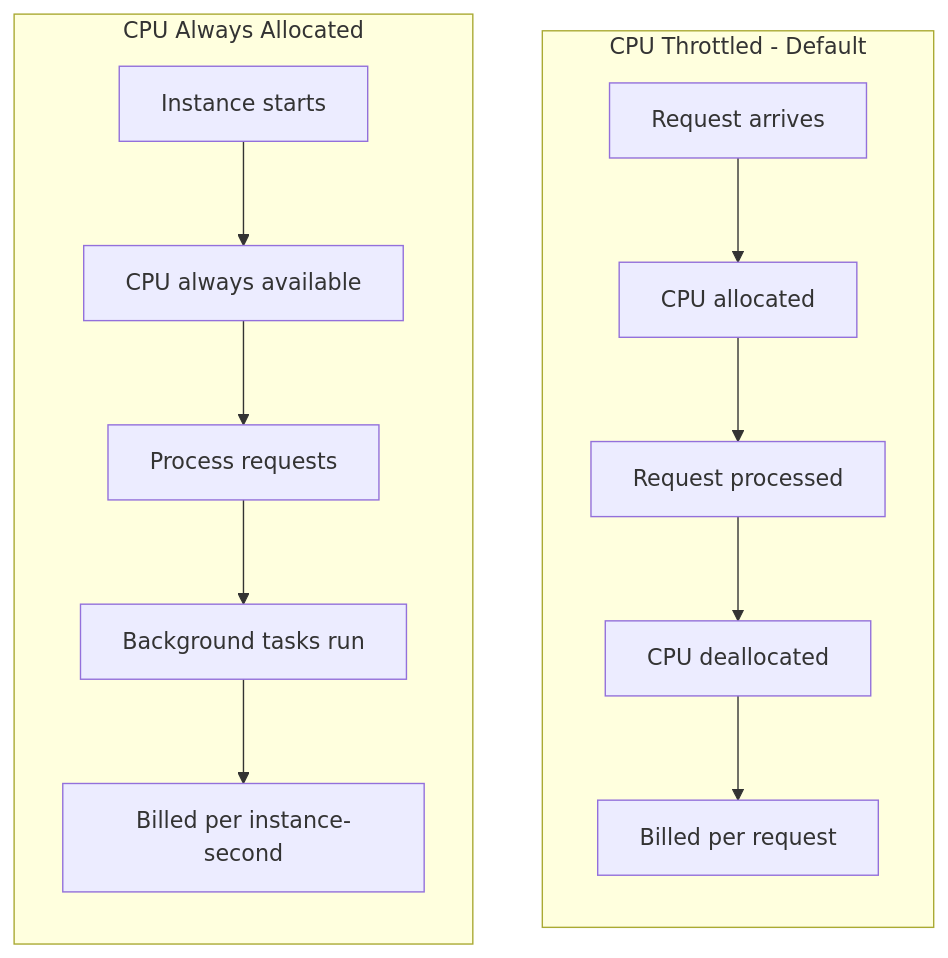
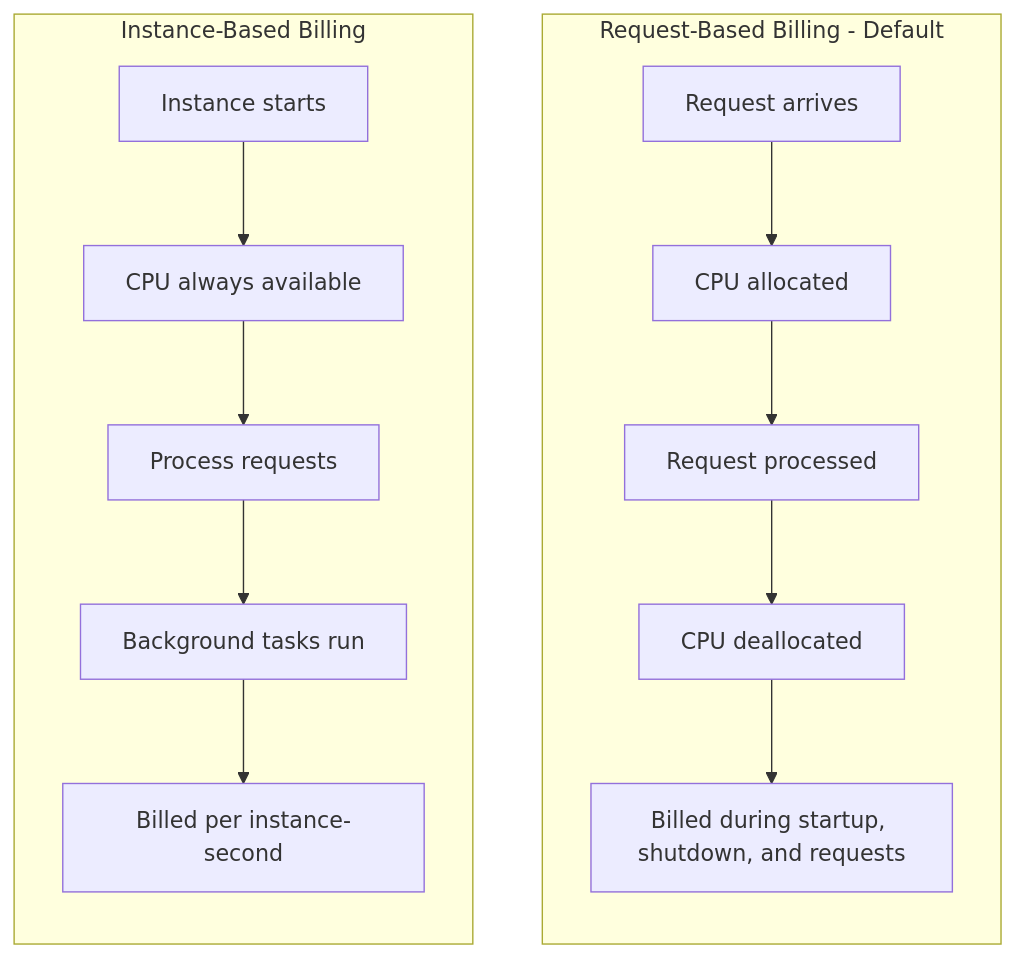
One commit to OneUptime/blog changed the fourth of 5 diagrams in posts/2026-01-30-cloud-run-services/README.md. Above: the diagram before and after it, drawn with Mermaid. The commit also changed other lines of this file and 2 other files, not shown here.

````diff
--- a/posts/2026-01-30-cloud-run-services/README.md
+++ b/posts/2026-01-30-cloud-run-services/README.md
@@ -415,18 +442,18 @@
 ```mermaid
 flowchart TB
-    subgraph Throttled[CPU Throttled - Default]
+    subgraph Throttled[Request-Based Billing - Default]
         direction TB
         T1[Request arrives] --> T2[CPU allocated]
         T2 --> T3[Request processed]
         T3 --> T4[CPU deallocated]
-        T4 --> T5[Billed per request]
+        T4 --> T5[Billed during startup, shutdown, and requests]
     end
 
-    subgraph Always[CPU Always Allocated]
+    subgraph Always[Instance-Based Billing]
         direction TB
         A1[Instance starts] --> A2[CPU always available]
         A2 --> A3[Process requests]
         A3 --> A4[Background tasks run]
         A4 --> A5[Billed per instance-second]
     end
 ```
````
